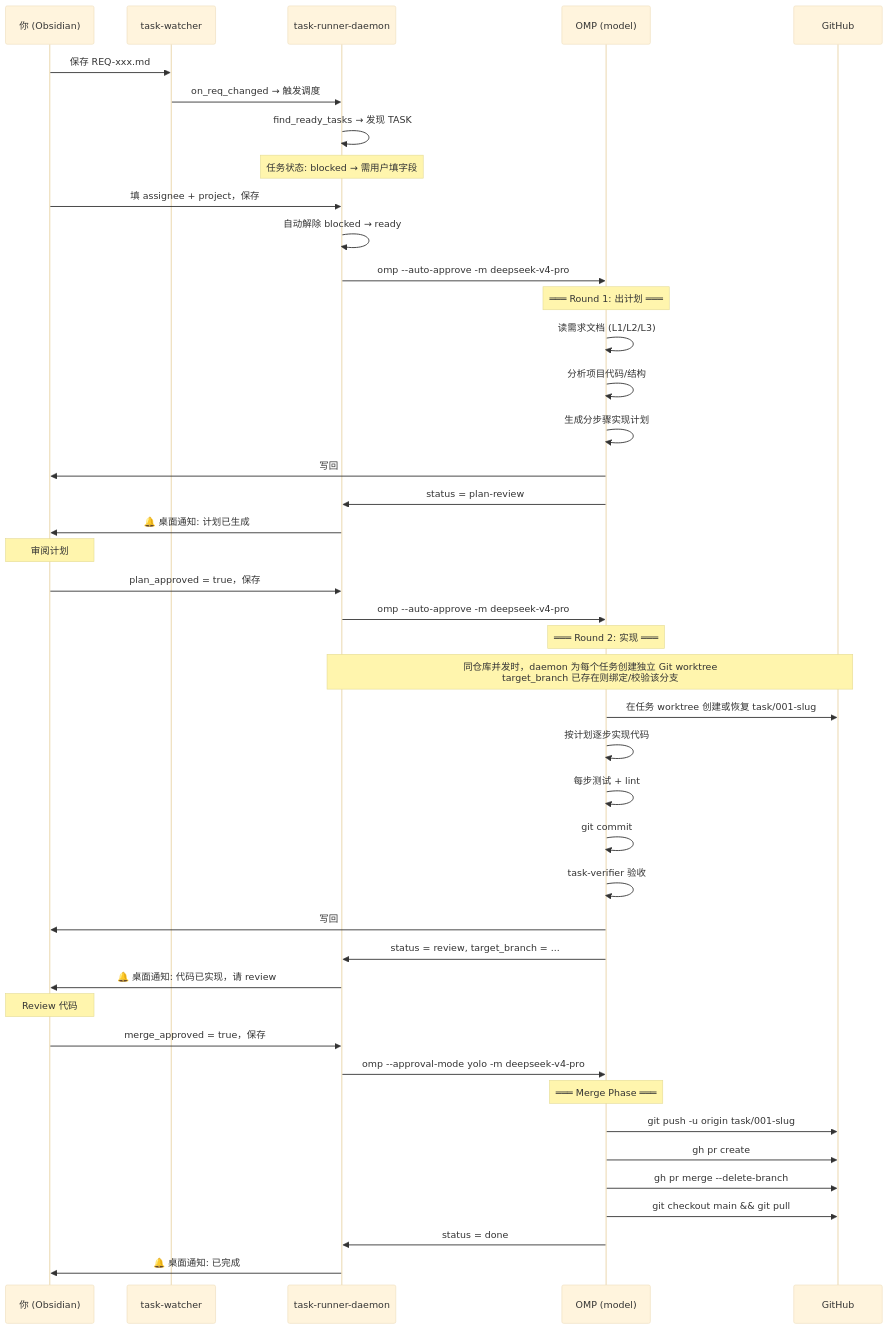
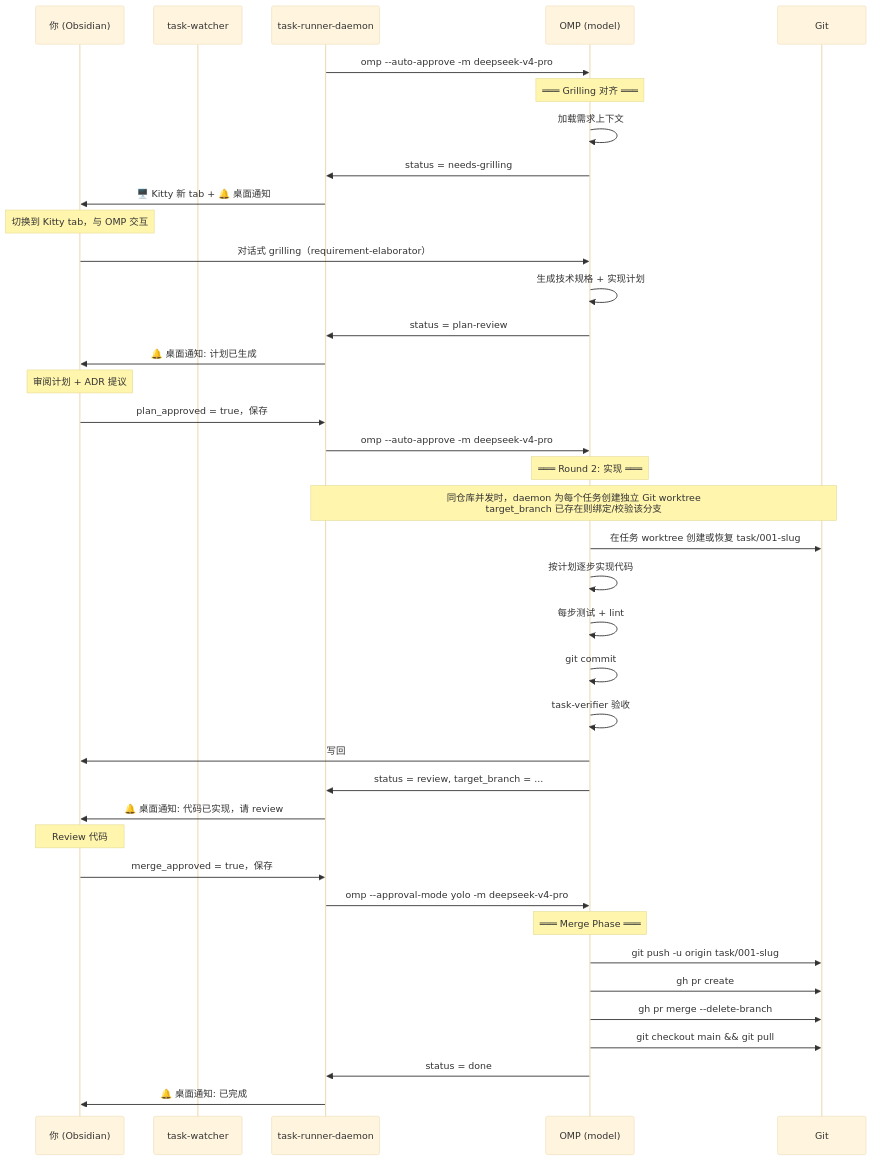
The third of 5 diagrams in docs/workflow.md (ndzuki/obsidian-task-runner), drawn with Mermaid (base theme) before and after one commit. The commit also changed other lines of this file and 5 other files, not shown here.

First line of the commit message:
feat: add grilling workflow, ADR support, and tracer bullet methodology

````diff
--- a/docs/workflow.md
+++ b/docs/workflow.md
@@ -70,58 +80,50 @@
 ```mermaid
 sequenceDiagram
     participant User as 你 (Obsidian)
     participant Watch as task-watcher
     participant Daemon as task-runner-daemon
     participant Agent as OMP (model)
-    participant Git as GitHub
-
-    User->>Watch: 保存 REQ-xxx.md
-    Watch->>Daemon: on_req_changed → 触发调度
-    Daemon->>Daemon: find_ready_tasks → 发现 TASK
-    Note over Daemon: 任务状态: blocked → 需用户填字段
-
-    User->>Daemon: 填 assignee + project，保存
-    Daemon->>Daemon: 自动解除 blocked → ready
-
     Daemon->>Agent: omp --auto-approve -m deepseek-v4-pro
 
-    Note over Agent: ═══ Round 1: 出计划 ═══
+    Note over Agent: ═══ Grilling 对齐 ═══
 
-    Agent->>Agent: 读需求文档 (L1/L2/L3)
-    Agent->>Agent: 分析项目代码/结构
-    Agent->>Agent: 生成分步骤实现计划
-    Agent->>User: 写回 ## 实现计划 section
+    Agent->>Agent: 加载需求上下文
+    Agent->>Daemon: status = needs-grilling
+    Daemon->>User: 🖥️ Kitty 新 tab + 🔔 桌面通知
+
+    Note over User: 切换到 Kitty tab，与 OMP 交互
+    User->>Agent: 对话式 grilling（requirement-elaborator）
+    Agent->>Agent: 生成技术规格 + 实现计划
     Agent->>Daemon: status = plan-review
     Daemon->>User: 🔔 桌面通知: 计划已生成
 
-    Note over User: 审阅计划
+    Note over User: 审阅计划 + ADR 提议
     User->>Daemon: plan_approved = true，保存
 
     Daemon->>Agent: omp --auto-approve -m deepseek-v4-pro
-
     Note over Agent: ═══ Round 2: 实现 ═══
     Note over Daemon,Git: 同仓库并发时，daemon 为每个任务创建独立 Git worktree<br/>target_branch 已存在则绑定/校验该分支
 
     Agent->>Git: 在任务 worktree 创建或恢复 task/001-slug
     Agent->>Agent: 按计划逐步实现代码
     Agent->>Agent: 每步测试 + lint
     Agent->>Agent: git commit
     Agent->>Agent: task-verifier 验收
     Agent->>User: 写回 ## 实现记录 + ## 验收记录
     Agent->>Daemon: status = review, target_branch = ...
     Daemon->>User: 🔔 桌面通知: 代码已实现，请 review
 
     Note over User: Review 代码
     User->>Daemon: merge_approved = true，保存
 
     Daemon->>Agent: omp --approval-mode yolo -m deepseek-v4-pro
 
     Note over Agent: ═══ Merge Phase ═══
 
     Agent->>Git: git push -u origin task/001-slug
     Agent->>Git: gh pr create
     Agent->>Git: gh pr merge --delete-branch
     Agent->>Git: git checkout main && git pull
     Agent->>Daemon: status = done
     Daemon->>User: 🔔 桌面通知: 已完成
 ```
````
